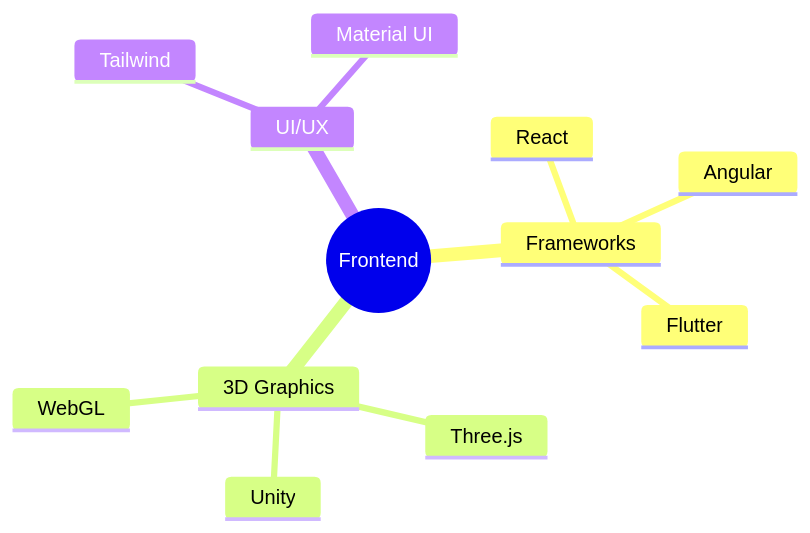
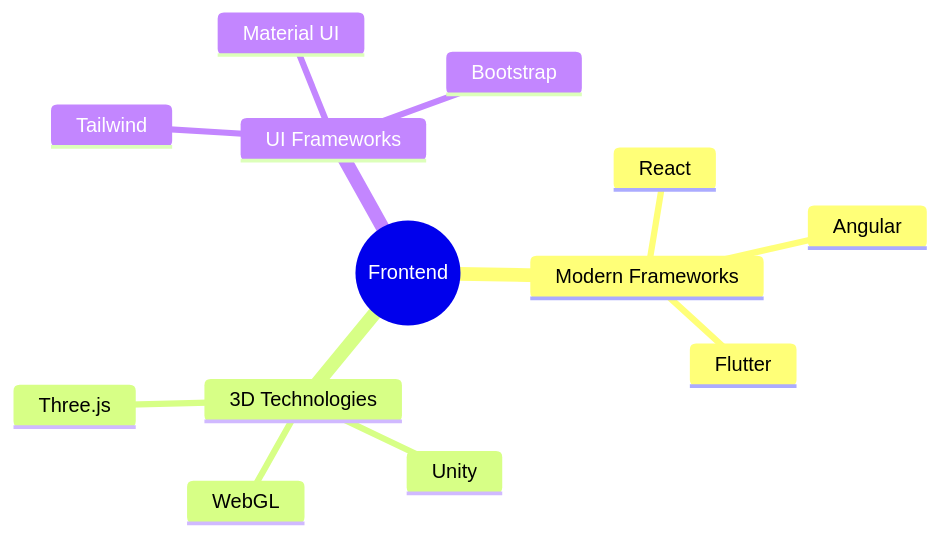
The first of 3 diagrams in README.md (KhamessiTaha/KhamessiTaha), drawn with Mermaid before and after one commit. The commit also changed other lines of this file, not shown here.

````diff
--- a/README.md
+++ b/README.md
@@ -87,15 +72,16 @@
 ```mermaid
 mindmap
   root((Frontend))
-    Frameworks
+    Modern Frameworks
       React
       Angular
       Flutter
-    3D Graphics
+    3D Technologies
       Three.js
       Unity
       WebGL
-    UI/UX
+    UI Frameworks
       Tailwind
       Material UI
+      Bootstrap
 ```
````
